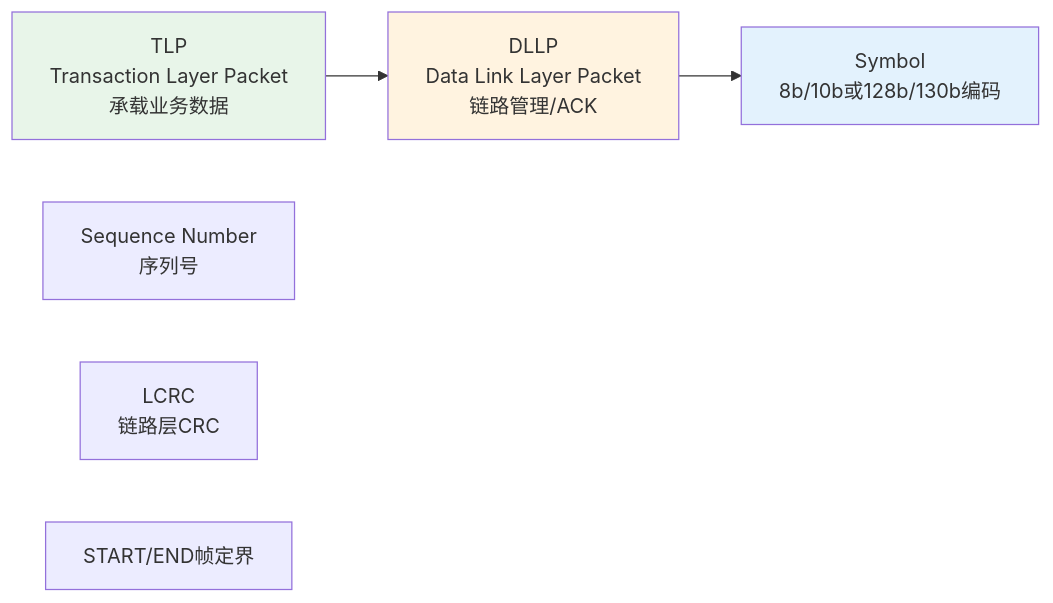
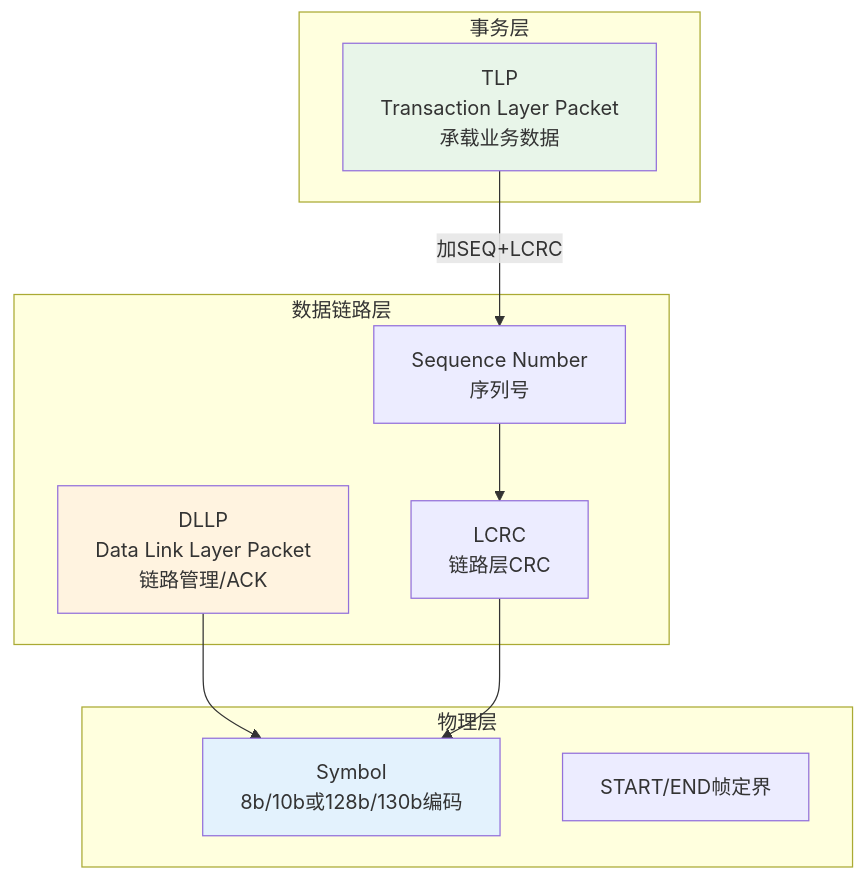
One commit to swjtuer326/cs-learning-notes changed the fourth of 15 diagrams in pcie/pcie-learning-resources.md. Above: the diagram before and after it, drawn with Mermaid. The commit also changed other lines of this file and 6 other files, not shown here.

````diff
--- a/pcie/pcie-learning-resources.md
+++ b/pcie/pcie-learning-resources.md
@@ -226,16 +236,24 @@
 ```mermaid
 %%{init: {"theme": "base", "themeVariables": {"primaryColor": "#f8fafc", "primaryTextColor": "#1e293b", "primaryBorderColor": "#475569", "lineColor": "#64748b", "secondaryColor": "#f1f5f9", "secondaryBorderColor": "#94a3b8", "tertiaryColor": "#f8fafc", "fontFamily": "'trebuchet ms', verdana, arial, sans-serif"}}}%%
-flowchart LR
-    TLP["TLP<br/>Transaction Layer Packet<br/>承载业务数据"]
-    DLLP["DLLP<br/>Data Link Layer Packet<br/>链路管理/ACK"]
-    SEQ["Sequence Number<br/>序列号"]
-    LCRC["LCRC<br/>链路层CRC"]
-    SYM["Symbol<br/>8b/10b或128b/130b编码"]
-    STP["START/END帧定界"]
-    TLP --> DLLP
+flowchart TD
+    subgraph "事务层"
+        TLP["TLP<br/>Transaction Layer Packet<br/>承载业务数据"]
+    end
+    subgraph "数据链路层"
+        DLLP["DLLP<br/>Data Link Layer Packet<br/>链路管理/ACK"]
+        SEQ["Sequence Number<br/>序列号"]
+        LCRC["LCRC<br/>链路层CRC"]
+    end
+    subgraph "物理层"
+        SYM["Symbol<br/>8b/10b或128b/130b编码"]
+        STP["START/END帧定界"]
+    end
+    TLP -->|"加SEQ+LCRC"| SEQ
+    SEQ --> LCRC
     DLLP --> SYM
+    LCRC --> SYM
 
     style TLP fill:#e8f5e9
     style DLLP fill:#fff3e0
     style SYM fill:#e3f2fd
 ```
````
